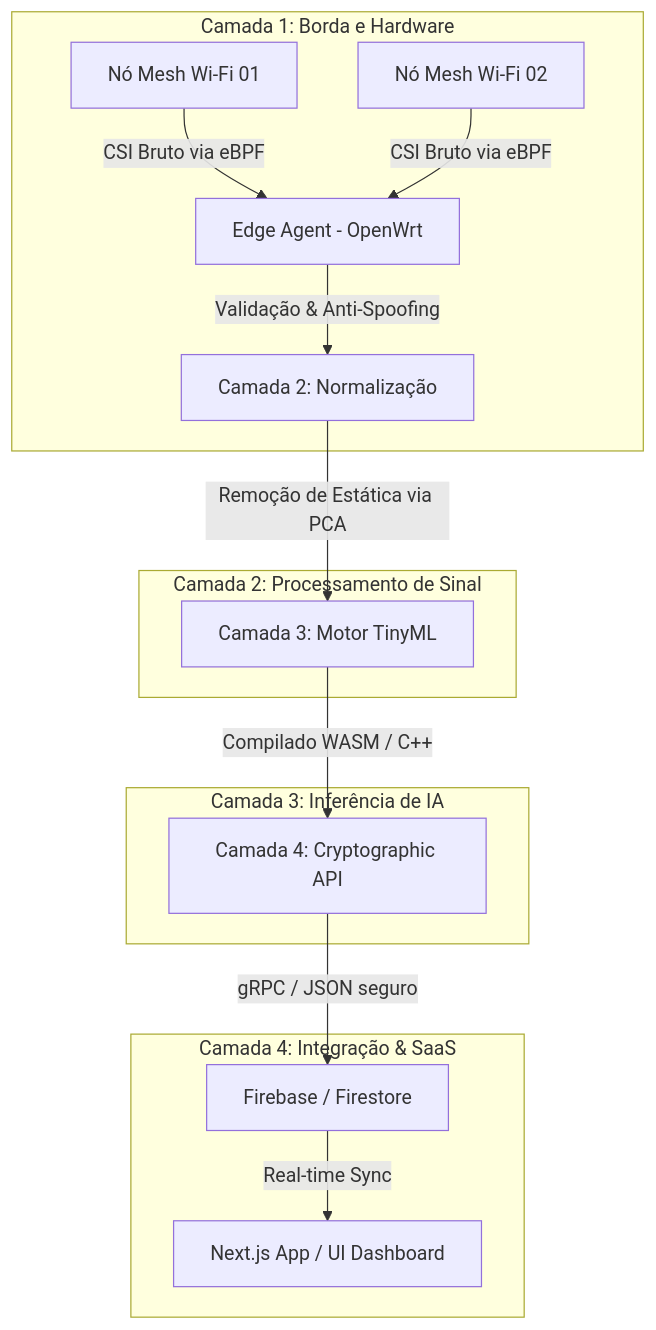
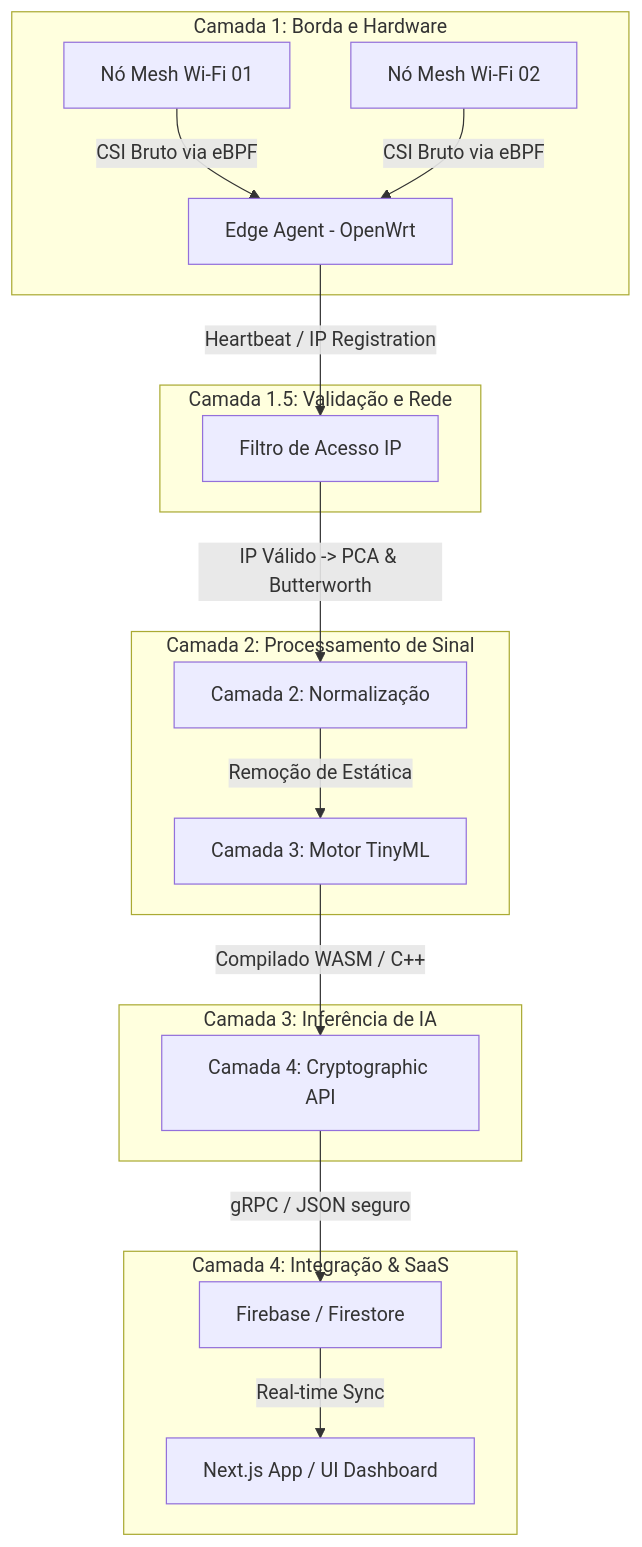
The diagram in docs/ARCHITECTURE.md (willan23/wgf-senseos), drawn with Mermaid before and after one commit. The commit also changed other lines of this file and 5 other files, not shown here.

````diff
--- a/docs/ARCHITECTURE.md
+++ b/docs/ARCHITECTURE.md
@@ -9,21 +9,25 @@
 ```mermaid
 graph TD
     subgraph Camada 1: Borda e Hardware
         AP1[Nó Mesh Wi-Fi 01] -->|CSI Bruto via eBPF| Edge[Edge Agent - OpenWrt]
         AP2[Nó Mesh Wi-Fi 02] -->|CSI Bruto via eBPF| Edge
-        Edge -->|Validação & Anti-Spoofing| L2[Camada 2: Normalização]
+    end
+
+    subgraph Camada 1.5: Validação e Rede
+        Edge -->|Heartbeat / IP Registration| L1_5[Filtro de Acesso IP]
     end
 
     subgraph Camada 2: Processamento de Sinal
-        L2 -->|Remoção de Estática via PCA| L3[Camada 3: Motor TinyML]
+        L1_5 -->|IP Válido -> PCA & Butterworth| L2[Camada 2: Normalização]
+        L2 -->|Remoção de Estática| L3[Camada 3: Motor TinyML]
     end
 
     subgraph Camada 3: Inferência de IA
         L3 -->|Compilado WASM / C++| L4[Camada 4: Cryptographic API]
     end
 
     subgraph Camada 4: Integração & SaaS
         L4 -->|gRPC / JSON seguro| FB[Firebase / Firestore]
         FB -->|Real-time Sync| Web[Next.js App / UI Dashboard]
     end
 ```
````
